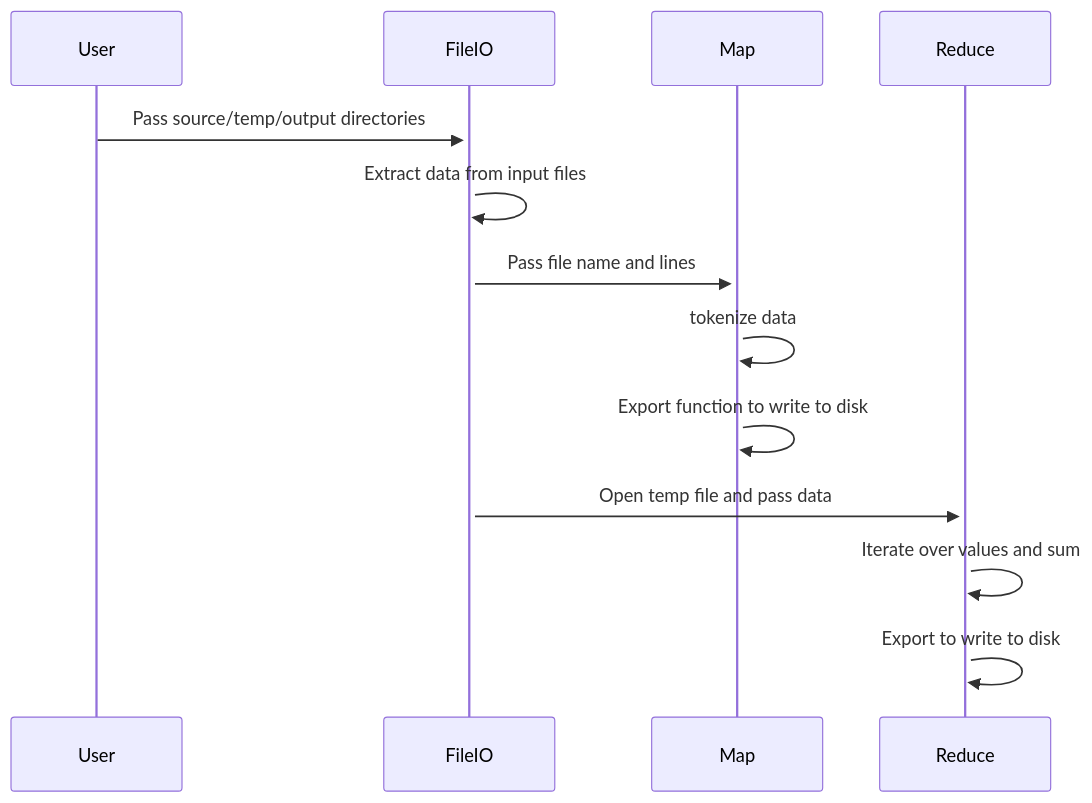
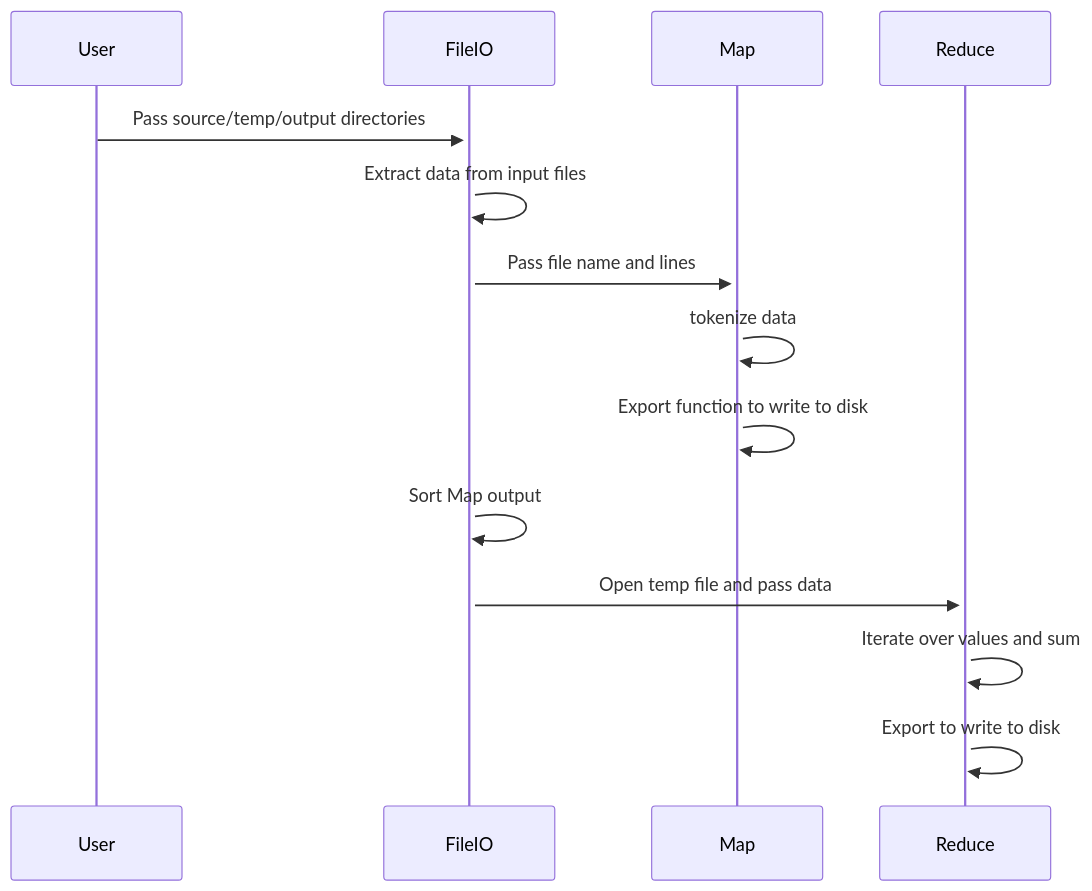
One commit to mmawson/OOD changed the second of 2 diagrams in README.md. Above: the diagram before and after it, drawn with Mermaid.

Commit message:
updated sequence diagram

````diff
--- a/README.md
+++ b/README.md
@@ -50,17 +50,18 @@
 ```mermaid
 sequenceDiagram
     participant User
     participant FileIO
     participant Map
     participant Reduce
     
     User->>+FileIO: Pass source/temp/output directories
     FileIO->>FileIO: Extract data from input files
     FileIO->>+Map: Pass file name and lines 
     Map->>Map: tokenize data 
     Map->>Map: Export function to write to disk
+    FileIO->>FileIO: Sort Map output
     FileIO->>+Reduce: Open temp file and pass data
     Reduce->>Reduce: Iterate over values and sum 
     Reduce->>Reduce: Export to write to disk
      
 ```
````
